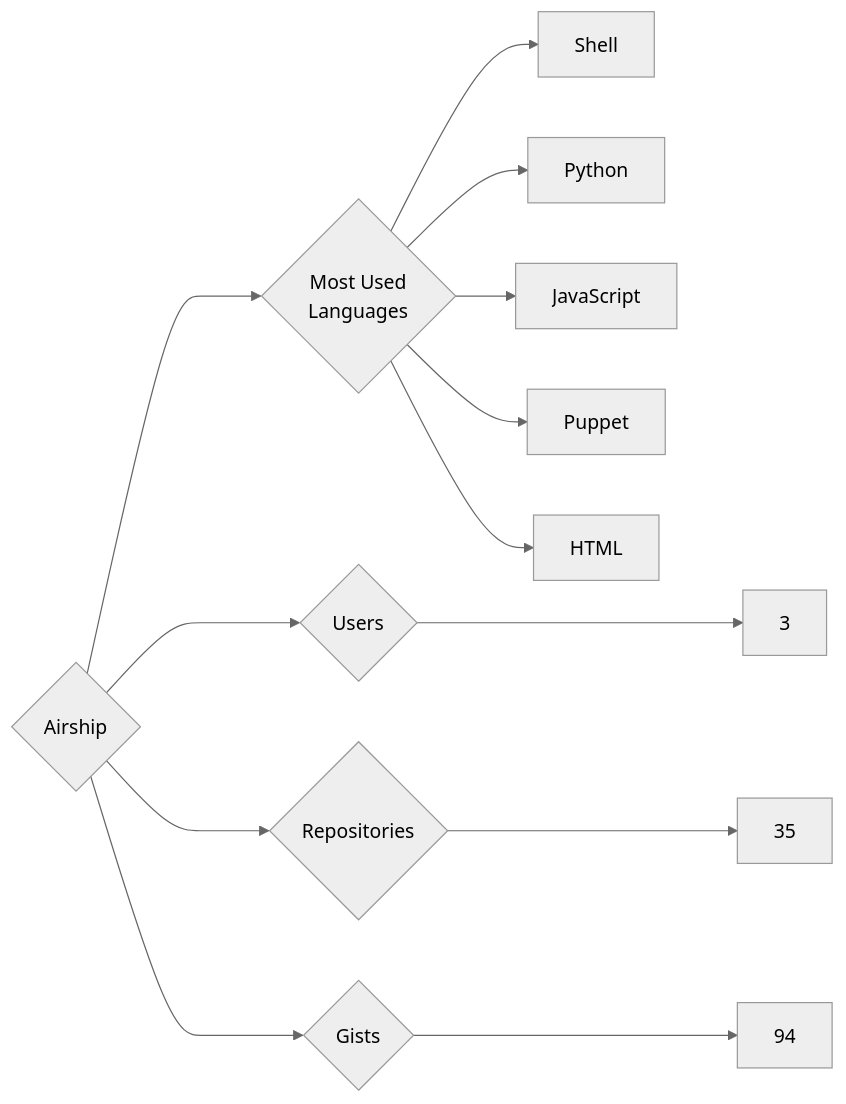
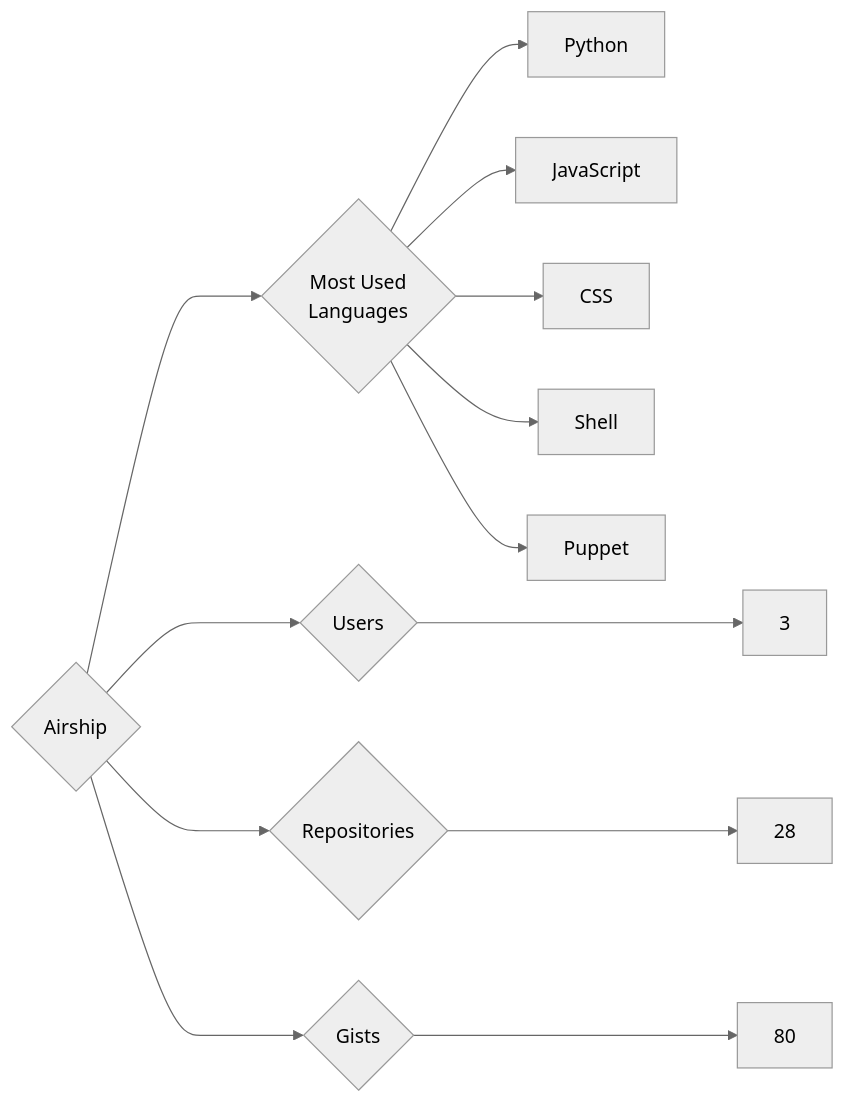
The diagram in targets/Airship/README.md (trickest/insiders), drawn with Mermaid (neutral theme) before and after one commit. The commit also changed 1023 other files, not shown here.

````diff
--- a/targets/Airship/README.md
+++ b/targets/Airship/README.md
@@ -3,13 +3,13 @@
 ```mermaid
 graph LR
 COMPANY_NAME{Airship}
 COMPANY_NAME ---> U{Users} ---> UN[3]
-COMPANY_NAME ---> R{Repositories} ---> RN[35]
-COMPANY_NAME ---> G{Gists} ---> GN[94]
+COMPANY_NAME ---> R{Repositories} ---> RN[28]
+COMPANY_NAME ---> G{Gists} ---> GN[80]
 COMPANY_NAME ---> ML{Most Used<br>Languages}
-ML --> Shell[Shell]
 ML --> Python[Python]
 ML --> JavaScript[JavaScript]
+ML --> CSS[CSS]
+ML --> Shell[Shell]
 ML --> Puppet[Puppet]
-ML --> HTML[HTML]
 ```
````
